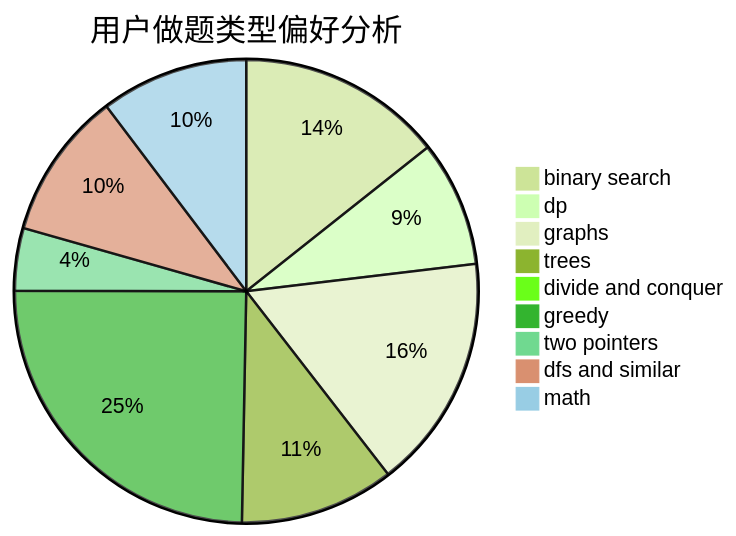
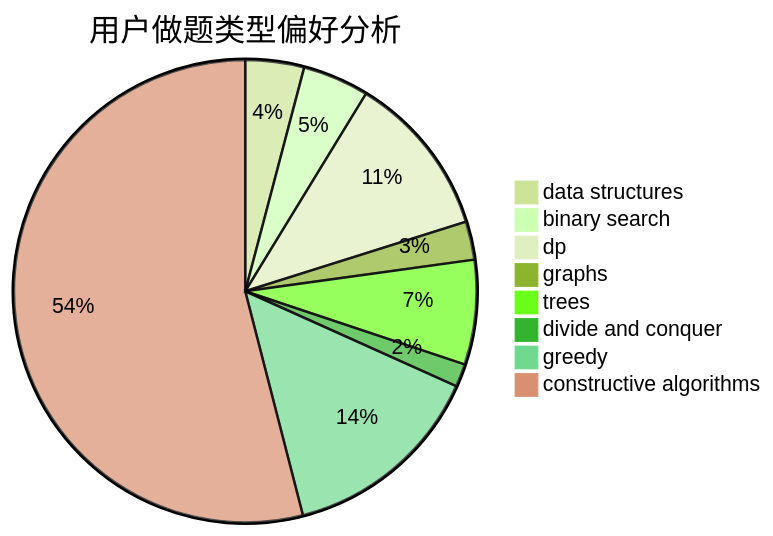
One commit to sherpahu/cfrs.github.io changed the second of 3 diagrams in docs/user/u1615.md. Above: the diagram before and after it, drawn with Mermaid (forest theme). The commit also changed other lines of this file and 2775 other files, not shown here.

````diff
--- a/docs/user/u1615.md
+++ b/docs/user/u1615.md
@@ -23,12 +23,11 @@
 ```mermaid
 pie title 用户做题类型偏好分析
-    "binary search" :  263
-    "dp" :  161
-    "graphs" :  301
-    "trees" :  198
+    "data structures" :  23
+    "binary search" :  26
+    "dp" :  64
+    "graphs" :  15
+    "trees" :  41
     "divide and conquer" :  9
-    "greedy" :  454
-    "two pointers" :  80
-    "dfs and similar" :  189
-    "math" :  189
+    "greedy" :  80
+    "constructive algorithms" :  303
 ```
````
